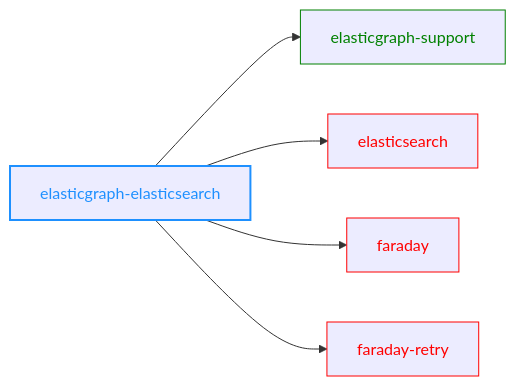
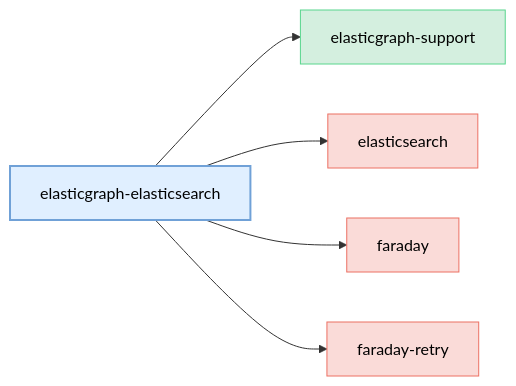
Before and after one commit to block/elasticgraph: the diagram in elasticgraph-elasticsearch/README.md, drawn with Mermaid. The commit also changed 23 other files, not shown here.

````diff
--- a/elasticgraph-elasticsearch/README.md
+++ b/elasticgraph-elasticsearch/README.md
@@ -7,20 +7,23 @@
 ```mermaid
 graph LR;
+    classDef currentGemStyle fill:#E0EFFF,stroke:#70A1D7,color:#000,stroke-width:2px;
+    classDef internalEgGemStyle fill:#D4EFDF,stroke:#58D68D,color:#000;
+    classDef externalGemStyle fill:#FADBD8,stroke:#EC7063,color:#000;
     elasticgraph-elasticsearch["elasticgraph-elasticsearch"];
+    class elasticgraph-elasticsearch currentGemStyle;
     elasticgraph-support["elasticgraph-support"];
     elasticgraph-elasticsearch --> elasticgraph-support;
+    class elasticgraph-support internalEgGemStyle;
     elasticsearch["elasticsearch"];
     elasticgraph-elasticsearch --> elasticsearch;
+    class elasticsearch externalGemStyle;
     faraday["faraday"];
     elasticgraph-elasticsearch --> faraday;
+    class faraday externalGemStyle;
     faraday-retry["faraday-retry"];
     elasticgraph-elasticsearch --> faraday-retry;
-    style elasticgraph-elasticsearch color:DodgerBlue,stroke-width:2px,stroke:DodgerBlue;
-    style elasticgraph-support color:Green,stroke:Green;
-    style elasticsearch color:Red,stroke:Red;
-    style faraday color:Red,stroke:Red;
-    style faraday-retry color:Red,stroke:Red;
+    class faraday-retry externalGemStyle;
     click elasticsearch href "https://rubygems.org/gems/elasticsearch" "Open on RubyGems.org" _blank;
     click faraday href "https://rubygems.org/gems/faraday" "Open on RubyGems.org" _blank;
     click faraday-retry href "https://rubygems.org/gems/faraday-retry" "Open on RubyGems.org" _blank;
 ```
````
